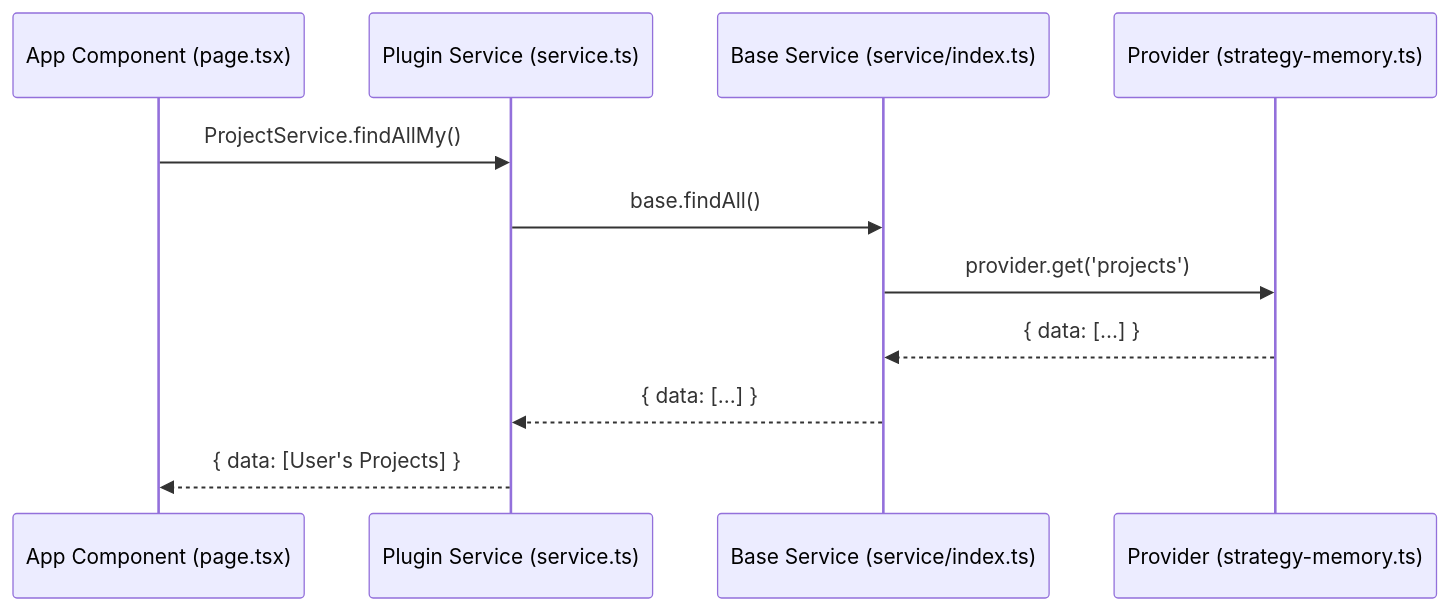
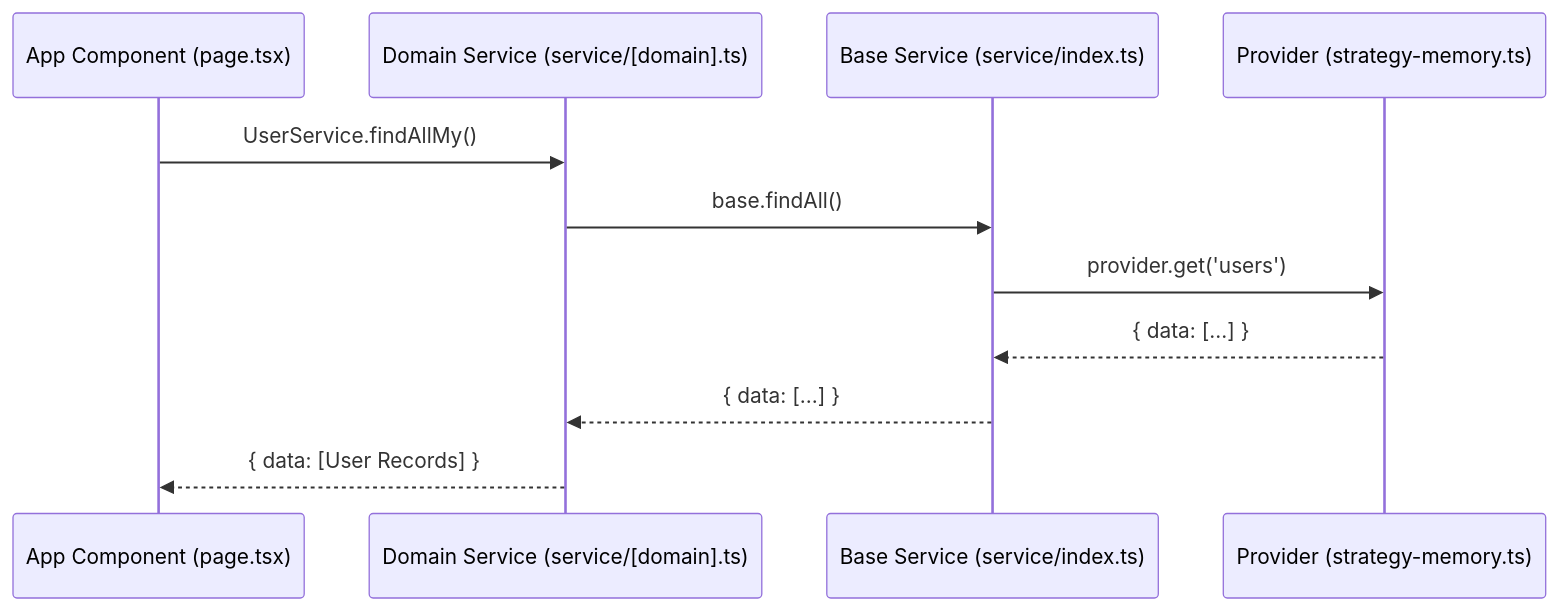
The second of 2 diagrams in docs/data-api-architecture-diagram.md (EduardoU24/AI-Template), drawn with Mermaid before and after one commit. The commit also changed other lines of this file and 18 other files, not shown here.

````diff
--- a/docs/data-api-architecture-diagram.md
+++ b/docs/data-api-architecture-diagram.md
@@ -33,14 +40,14 @@
 ```mermaid
 sequenceDiagram
     participant UI as App Component (page.tsx)
-    participant Srv as Plugin Service (service.ts)
+    participant Srv as Domain Service (service/[domain].ts)
     participant Core as Base Service (service/index.ts)
     participant Prov as Provider (strategy-memory.ts)
 
-    UI->>Srv: ProjectService.findAllMy()
+    UI->>Srv: UserService.findAllMy()
     Srv->>Core: base.findAll()
-    Core->>Prov: provider.get('projects')
+    Core->>Prov: provider.get('users')
     Prov-->>Core: { data: [...] }
     Core-->>Srv: { data: [...] }
-    Srv-->>UI: { data: [User's Projects] }
+    Srv-->>UI: { data: [User Records] }
 ```
````
